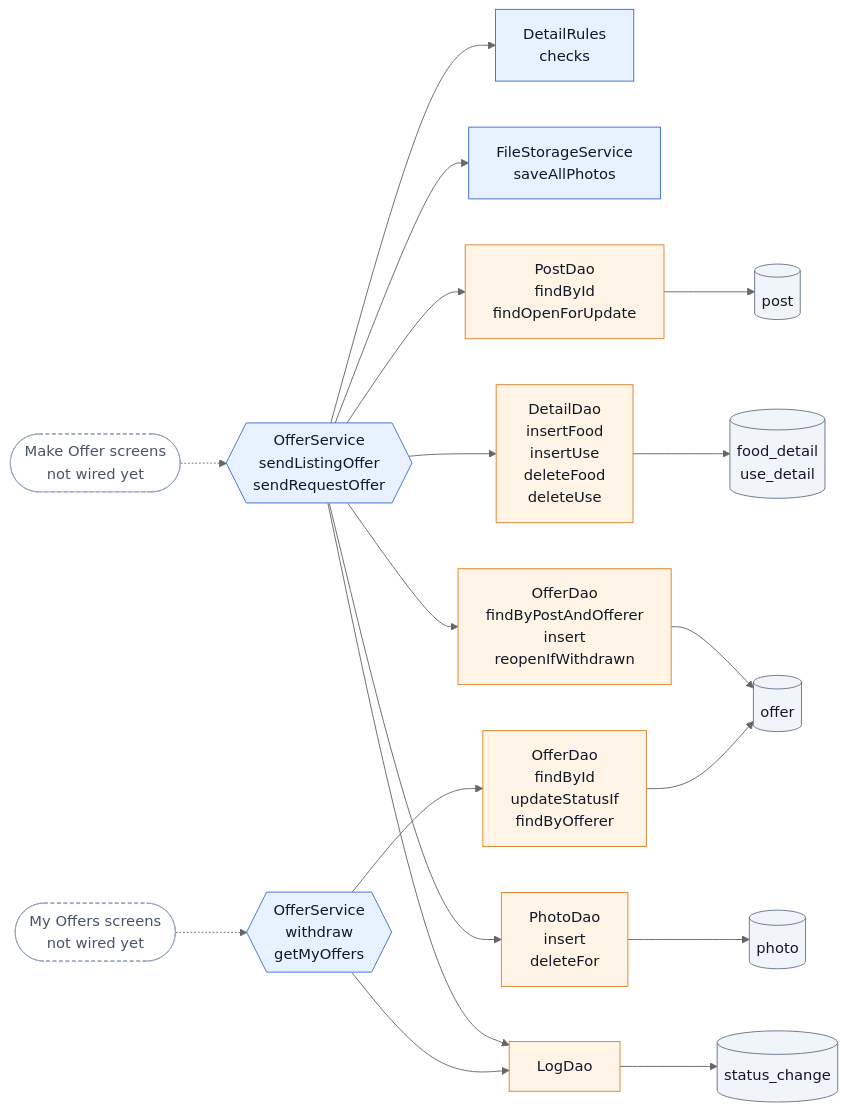
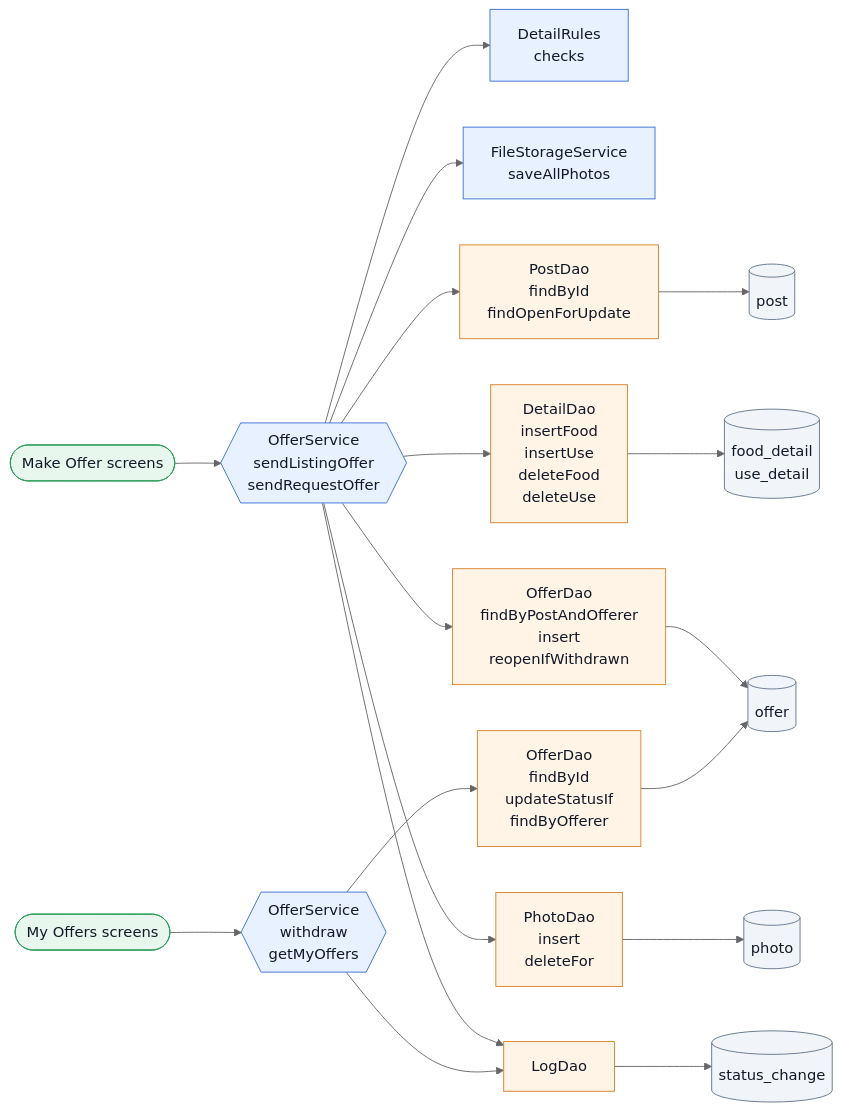
One commit to Az-Zav/ANIPLATO changed diagram 11 of 17 in docs/MAP.md. Above: the diagram before and after it, drawn with Mermaid (neutral theme). The commit also changed other lines of this file and 50 other files, not shown here.

````diff
--- a/docs/MAP.md
+++ b/docs/MAP.md
@@ -798,18 +813,18 @@
 ```mermaid
 flowchart LR
   classDef svc fill:#e8f1ff,stroke:#3b6fd4,color:#111827
   classDef dao fill:#fff4e5,stroke:#d9822b,color:#111827
   classDef tbl fill:#f1f5f9,stroke:#64748b,color:#111827
-  classDef planned fill:#ffffff,stroke:#94a3b8,stroke-dasharray:4 3,color:#475569
-  MO([Make Offer screens<br/>not wired yet]):::planned -.-> SO{{OfferService<br/>sendListingOffer<br/>sendRequestOffer}}:::svc
+  classDef screen fill:#e8f7ee,stroke:#2f9e5a,color:#111827
+  MO([Make Offer screens]):::screen --> SO{{OfferService<br/>sendListingOffer<br/>sendRequestOffer}}:::svc
   SO --> DR[DetailRules<br/>checks]:::svc
   SO --> FS[FileStorageService<br/>saveAllPhotos]:::svc
   SO --> PL[PostDao<br/>findById<br/>findOpenForUpdate]:::dao --> TP[(post)]:::tbl
   SO --> DD[DetailDao<br/>insertFood<br/>insertUse<br/>deleteFood<br/>deleteUse]:::dao --> TD[(food_detail<br/>use_detail)]:::tbl
   SO --> OD[OfferDao<br/>findByPostAndOfferer<br/>insert<br/>reopenIfWithdrawn]:::dao --> TO[(offer)]:::tbl
   SO --> PH[PhotoDao<br/>insert<br/>deleteFor]:::dao --> TF[(photo)]:::tbl
   SO --> LG[LogDao]:::dao --> TL[(status_change)]:::tbl
-  WD([My Offers screens<br/>not wired yet]):::planned -.-> WO{{OfferService<br/>withdraw<br/>getMyOffers}}:::svc
+  WD([My Offers screens]):::screen --> WO{{OfferService<br/>withdraw<br/>getMyOffers}}:::svc
   WO --> OS[OfferDao<br/>findById<br/>updateStatusIf<br/>findByOfferer]:::dao --> TO
   WO --> LG
 ```
````
